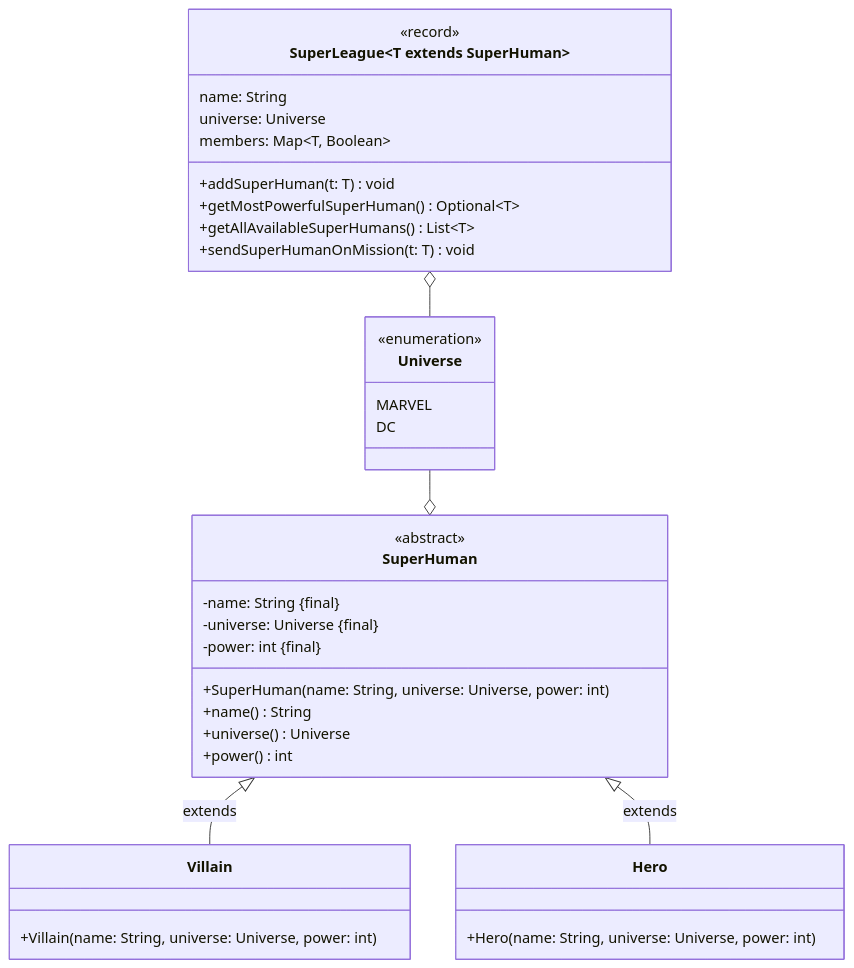
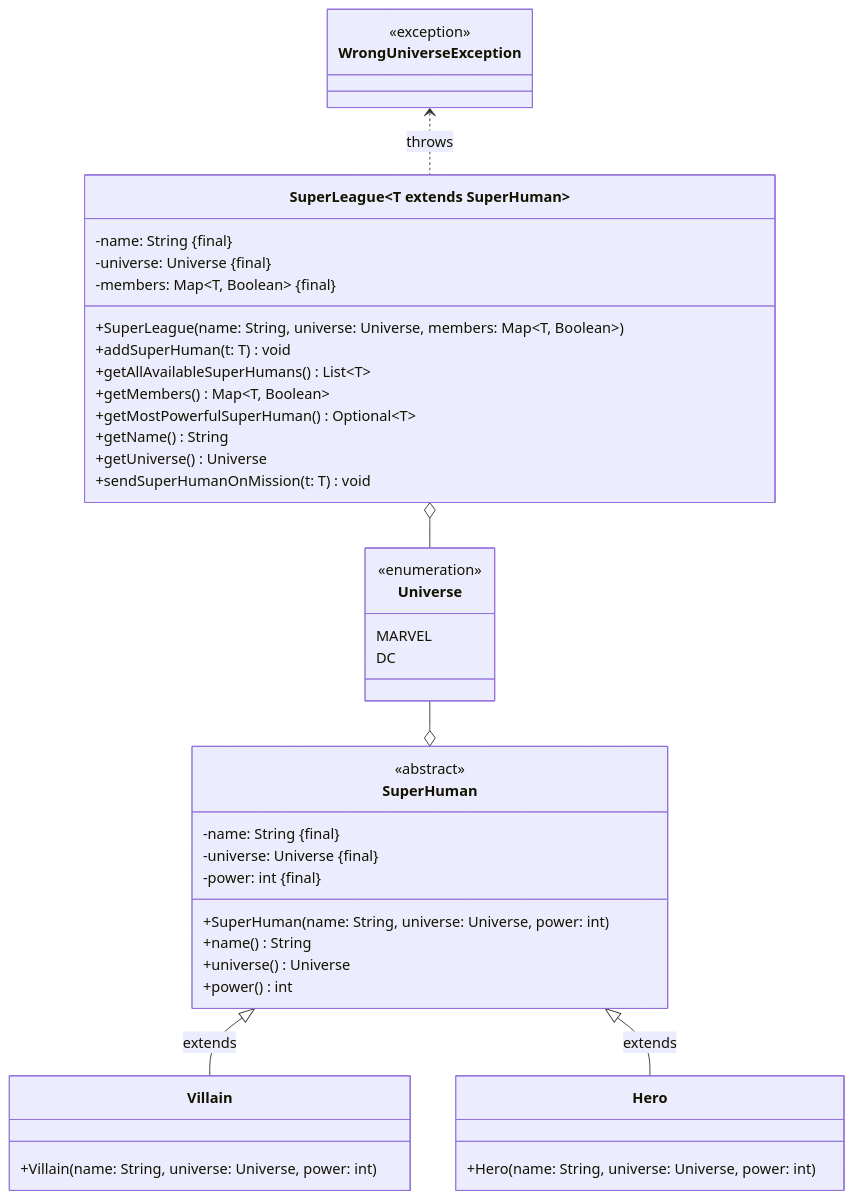
Before and after one commit to jappuccini/java-docs: the first of 3 diagrams in docs/additional-material/daniel/sample-exam-java2.md, drawn with Mermaid. The commit also changed other lines of this file, not shown here.

Commit message:
Update Solutions and Class Diagrams

````diff
--- a/docs/additional-material/daniel/sample-exam-java2.md
+++ b/docs/additional-material/daniel/sample-exam-java2.md
@@ -36,43 +36,51 @@
 ```mermaid
 classDiagram
     SuperHuman <|-- Villain : extends
     SuperHuman <|-- Hero : extends
     Universe --o SuperHuman
     SuperLeague~T extends SuperHuman~ o-- Universe
+    WrongUniverseException <.. SuperLeague~T extends SuperHuman~ : throws
 
     class SuperHuman {
         <<abstract>>
         -name: String &#123final&#125
         -universe: Universe &#123final&#125
         -power: int &#123final&#125
         +SuperHuman(name: String, universe: Universe, power: int)
         +name() String
         +universe() Universe
         +power() int
     }
 
     class Villain {
         +Villain(name: String, universe: Universe, power: int)
     }
 
     class Hero {
         +Hero(name: String, universe: Universe, power: int)
     }
 
     class Universe {
         <<enumeration>>
         MARVEL
         DC
     }
 
+    class WrongUniverseException {
+        <<exception>>
+    }
+
     class SuperLeague~T extends SuperHuman~ {
-        <<record>>
-        name: String
-        universe: Universe
-        members: Map~T, Boolean~
+        -name: String &#123final&#125
+        -universe: Universe &#123final&#125
+        -members: Map~T, Boolean~ &#123final&#125
+        +SuperLeague(name: String, universe: Universe, members: Map~T, Boolean~)
         +addSuperHuman(t: T) void
+        +getAllAvailableSuperHumans() List~T~
+        +getMembers() Map~T, Boolean~
         +getMostPowerfulSuperHuman() Optional~T~
-        +getAllAvailableSuperHumans() List~T~
+        +getName() String
+        +getUniverse() Universe
         +sendSuperHumanOnMission(t: T) void
     }
 ```
````
